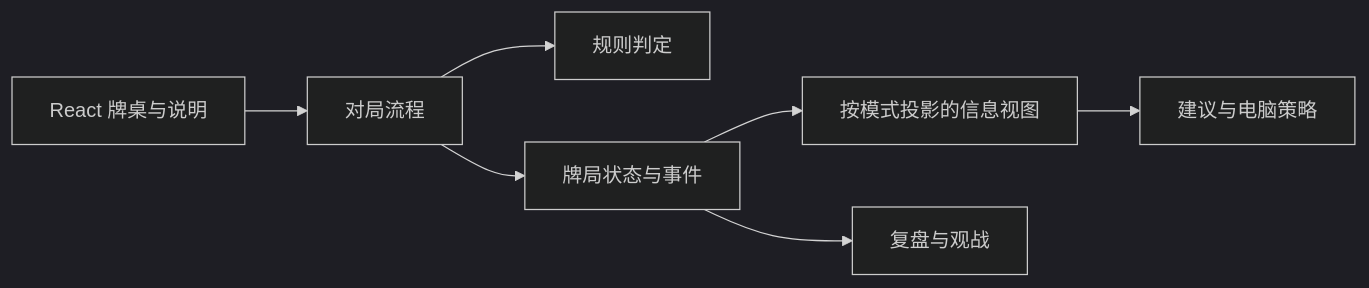
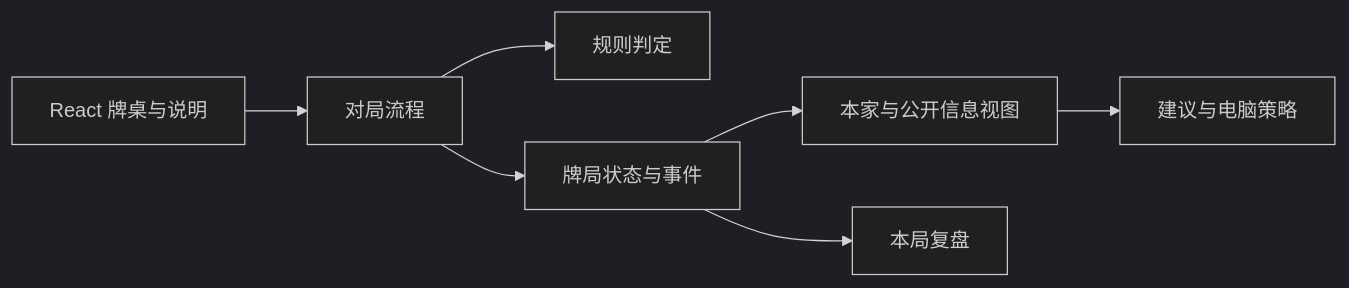
Before and after one commit to llmgpt/Xuezhan-Mahjong-AI: the diagram in ARCHITECTURE.md, drawn with Mermaid (dark theme). The commit also changed other lines of this file and 14 other files, not shown here.

````diff
--- a/ARCHITECTURE.md
+++ b/ARCHITECTURE.md
@@ -23,9 +23,9 @@
 ```mermaid
 flowchart LR
     UI[React 牌桌与说明] --> Flow[对局流程]
     Flow --> Rules[规则判定]
     Flow --> State[牌局状态与事件]
-    State --> View[按模式投影的信息视图]
+    State --> View[本家与公开信息视图]
     View --> Advice[建议与电脑策略]
-    State --> Replay[复盘与观战]
+    State --> Replay[本局复盘]
 ```
````
